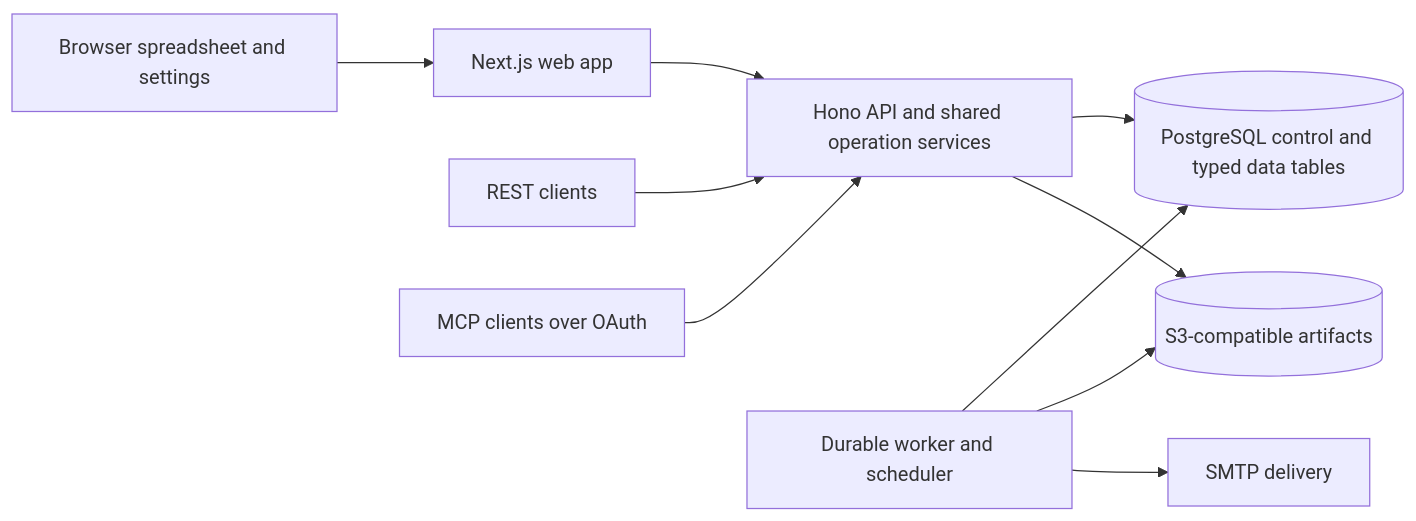
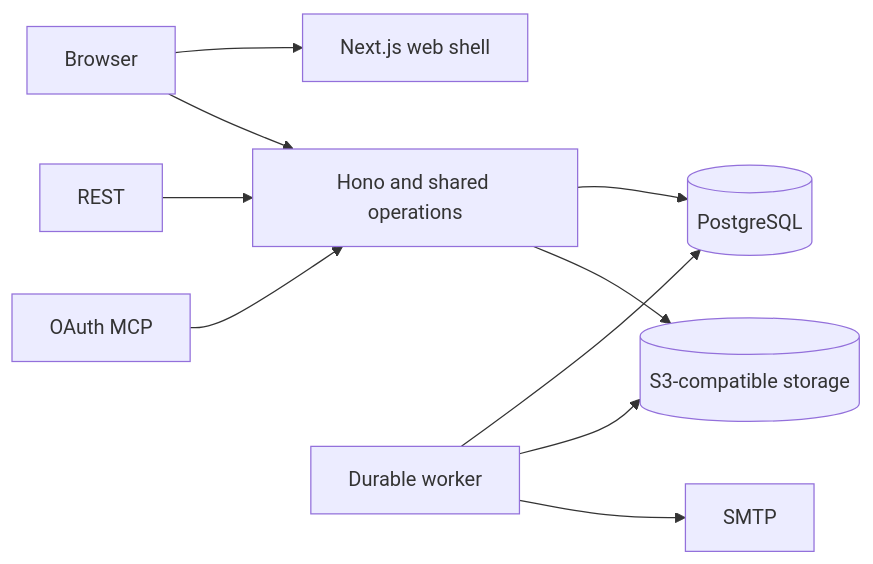
One commit to avgeek-oss/rootset changed the diagram in rc-plan/STACK_ARCHITECTURE.md. Above: the diagram before and after it, drawn with Mermaid. The commit also changed other lines of this file and 494 other files, not shown here.

````diff
--- a/rc-plan/STACK_ARCHITECTURE.md
+++ b/rc-plan/STACK_ARCHITECTURE.md
@@ -7,12 +11,12 @@
 ```mermaid
 flowchart LR
-  Browser[Browser spreadsheet and settings] --> Web[Next.js web app]
-  Web --> API[Hono API and shared operation services]
-  REST[REST clients] --> API
-  MCP[MCP clients over OAuth] --> API
-  API --> PG[(PostgreSQL control and typed data tables)]
-  Worker[Durable worker and scheduler] --> PG
-  Worker --> Objects[(S3-compatible artifacts)]
-  Worker --> Mail[SMTP delivery]
+  Browser[Browser] --> Web[Next.js web shell]
+  Browser --> API[Hono and shared operations]
+  REST[REST] --> API
+  MCP[OAuth MCP] --> API
+  API --> PG[(PostgreSQL)]
+  Worker[Durable worker] --> PG
+  Worker --> Objects[(S3-compatible storage)]
+  Worker --> SMTP[SMTP]
   API --> Objects
 ```
````
